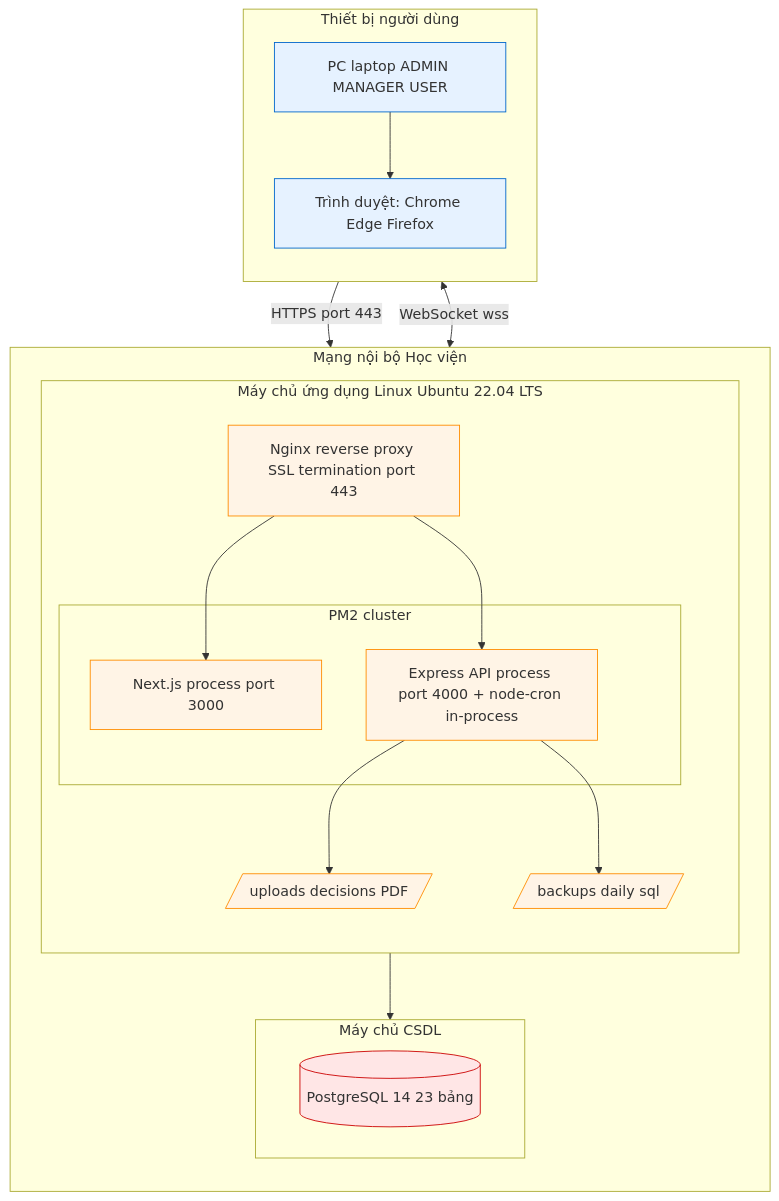
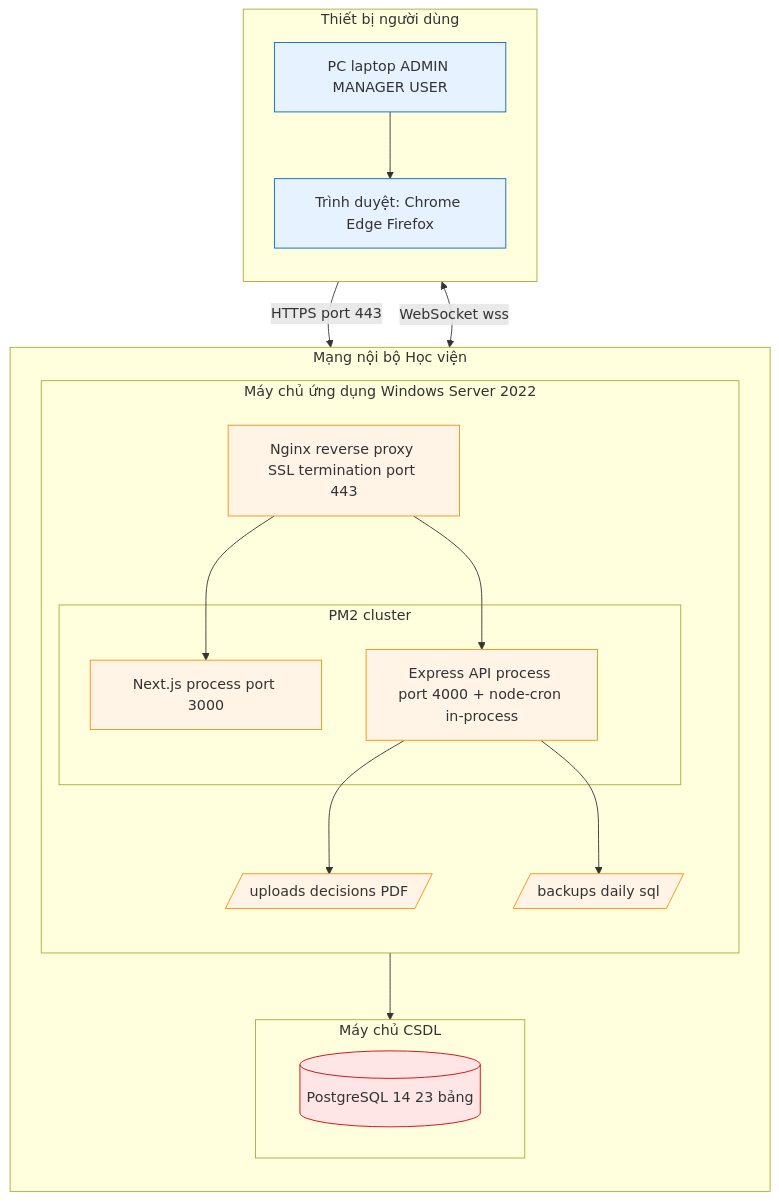
One commit to tranducbk/DATN_PM_QLKT changed the first of 2 diagrams in docs/diagrams/07-deployment.md. Above: the diagram before and after it, drawn with Mermaid. The commit also changed other lines of this file and 11 other files, not shown here.

````diff
--- a/docs/diagrams/07-deployment.md
+++ b/docs/diagrams/07-deployment.md
@@ -9,45 +9,45 @@
 ```mermaid
 flowchart TB
     subgraph CLIENT[Thiết bị người dùng]
         direction TB
         PC[PC laptop ADMIN MANAGER USER]
         BR[Trình duyệt: Chrome Edge Firefox]
         PC --> BR
     end
 
     subgraph LAN[Mạng nội bộ Học viện]
         direction TB
 
-        subgraph SERVER[Máy chủ ứng dụng Linux Ubuntu 22.04 LTS]
+        subgraph SERVER[Máy chủ ứng dụng Windows Server 2022]
             direction TB
             NX[Nginx reverse proxy SSL termination port 443]
             subgraph PM2[PM2 cluster]
                 FE[Next.js process port 3000]
                 BE[Express API process port 4000 + node-cron in-process]
             end
             UPLOADS[/uploads decisions PDF/]
             BACKUPS[/backups daily sql/]
             NX --> FE
             NX --> BE
             BE --> UPLOADS
             BE --> BACKUPS
         end
 
         subgraph DBSRV[Máy chủ CSDL]
             PG[(PostgreSQL 14 23 bảng)]
         end
 
         SERVER --> DBSRV
     end
 
     BR -->|HTTPS port 443| NX
     BR <-->|WebSocket wss| BE
 
     classDef client fill:#e6f2ff,stroke:#0066cc
     classDef server fill:#fff4e6,stroke:#ff8c00
     classDef db fill:#ffe6e6,stroke:#cc0000
 
     class PC,BR client
     class NX,FE,BE,UPLOADS,BACKUPS server
     class PG db
 ```
````
